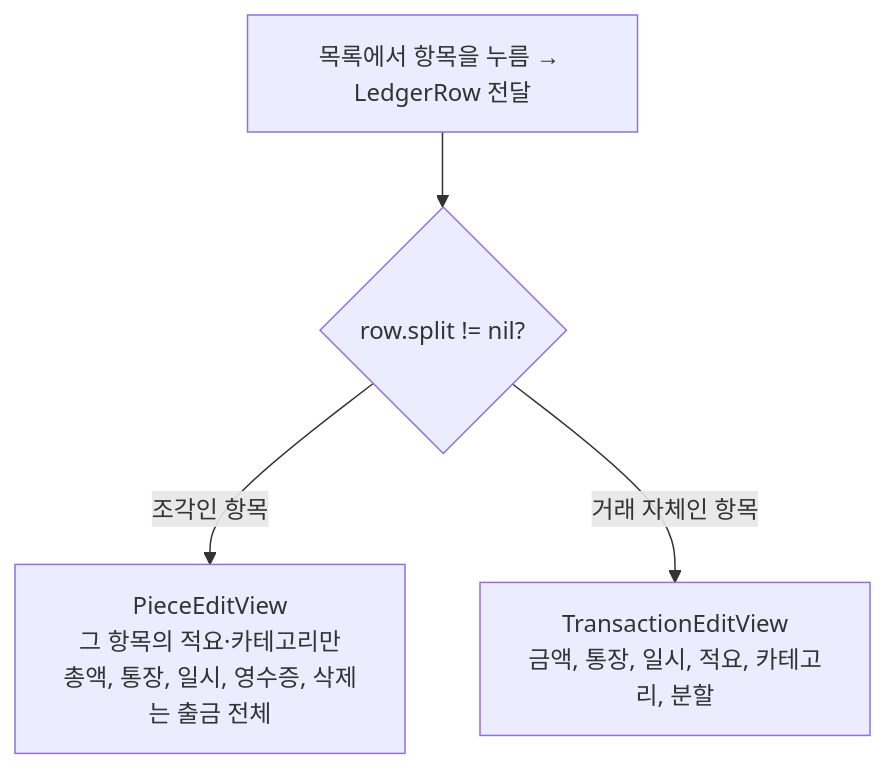
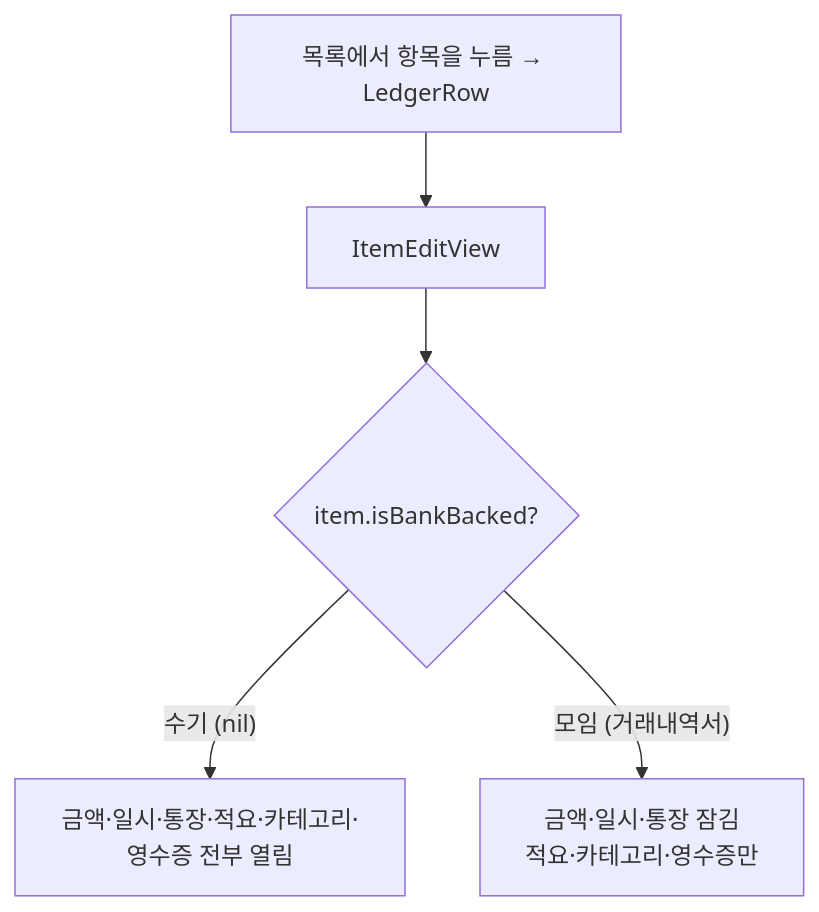
The third of 3 diagrams in NanuriAdmin/Features/Finance/README.md (Ciracino88/nanuri-ios-app), drawn with Mermaid before and after one commit. The commit also changed other lines of this file and 1 other file, not shown here.

````diff
--- a/NanuriAdmin/Features/Finance/README.md
+++ b/NanuriAdmin/Features/Finance/README.md
@@ -152,6 +162,7 @@
 ```mermaid
 flowchart TD
-    tap["목록에서 항목을 누름 → LedgerRow 전달"] --> q{"row.split != nil?"}
-    q -->|조각인 항목| piece["PieceEditView<br/>그 항목의 적요·카테고리만<br/>총액, 통장, 일시, 영수증, 삭제는 출금 전체"]
-    q -->|거래 자체인 항목| edit["TransactionEditView<br/>금액, 통장, 일시, 적요, 카테고리, 분할"]
+    tap["목록에서 항목을 누름 → LedgerRow"] --> edit["ItemEditView"]
+    edit --> q{"item.isBankBacked?"}
+    q -->|"수기 (nil)"| a["금액·일시·통장·적요·카테고리·영수증 전부 열림"]
+    q -->|"모임 (거래내역서)"| b["금액·일시·통장 잠김<br/>적요·카테고리·영수증만"]
 ```
````
